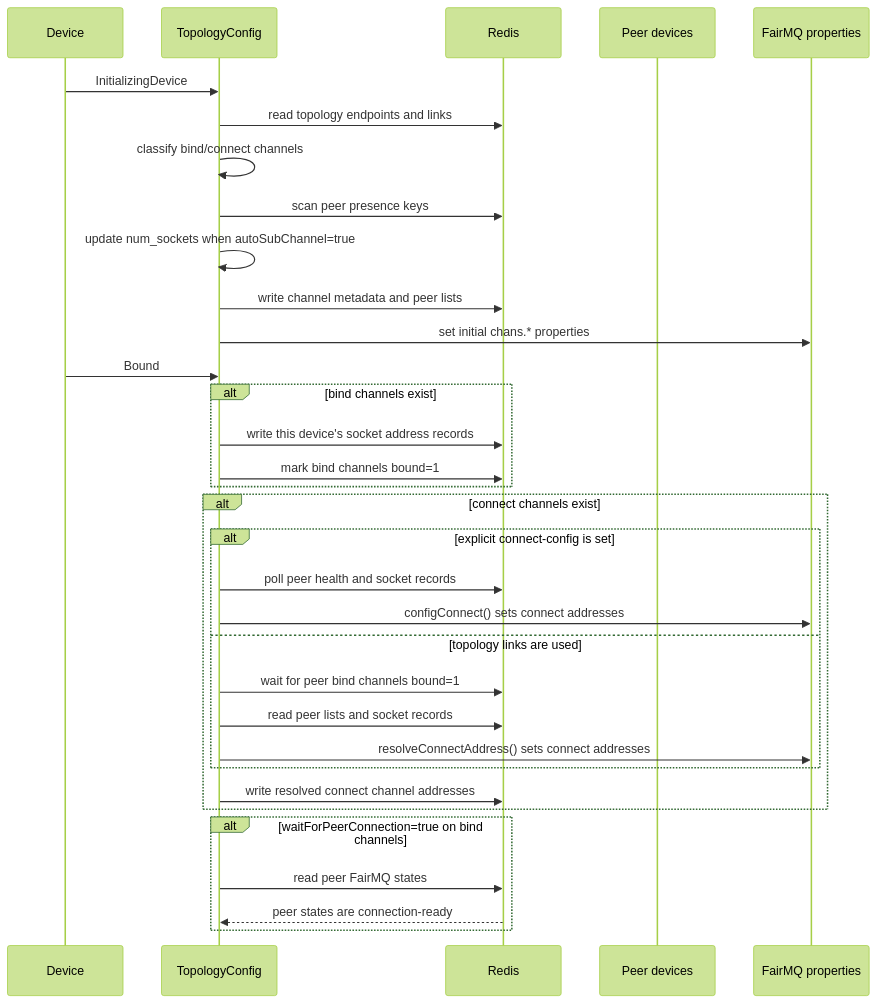
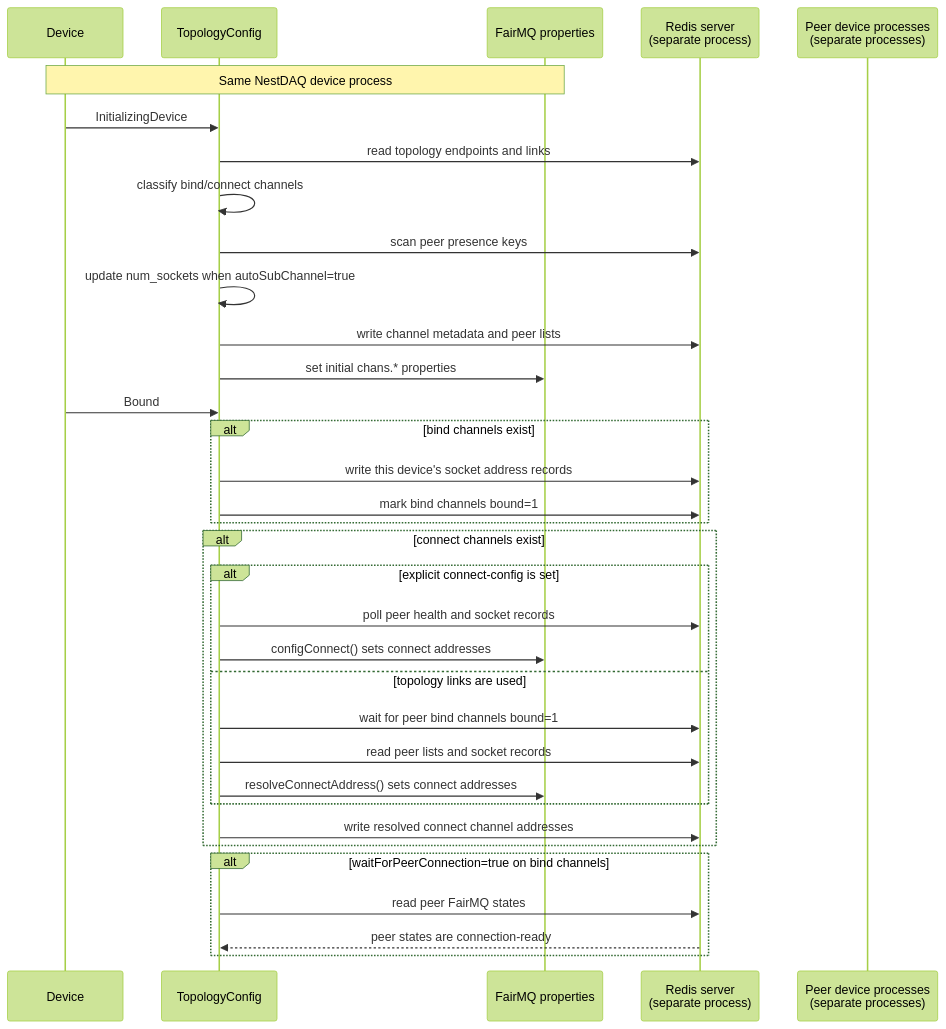
The second of 3 diagrams in plugins/README.md (tntakahashi/nestdaq), drawn with Mermaid (forest theme) before and after one commit. The commit also changed other lines of this file and 1 other file, not shown here.

Commit message:
docs(plugins): show process boundaries in topology sequence

````diff
--- a/plugins/README.md
+++ b/plugins/README.md
@@ -346,37 +348,38 @@
 ```mermaid
 sequenceDiagram
     participant Device
     participant TopologyConfig
-    participant Redis
-    participant PeerDevices as Peer devices
     participant FairMQProperties as FairMQ properties
+    participant Redis as Redis server<br/>(separate process)
+    participant PeerDevices as Peer device processes<br/>(separate processes)
+    Note over Device,FairMQProperties: Same NestDAQ device process
 
     Device->>TopologyConfig: InitializingDevice
     TopologyConfig->>Redis: read topology endpoints and links
     TopologyConfig->>TopologyConfig: classify bind/connect channels
     TopologyConfig->>Redis: scan peer presence keys
     TopologyConfig->>TopologyConfig: update num_sockets when autoSubChannel=true
     TopologyConfig->>Redis: write channel metadata and peer lists
     TopologyConfig->>FairMQProperties: set initial chans.* properties
 
     Device->>TopologyConfig: Bound
     alt bind channels exist
         TopologyConfig->>Redis: write this device's socket address records
         TopologyConfig->>Redis: mark bind channels bound=1
     end
     alt connect channels exist
         alt explicit connect-config is set
             TopologyConfig->>Redis: poll peer health and socket records
             TopologyConfig->>FairMQProperties: configConnect() sets connect addresses
         else topology links are used
             TopologyConfig->>Redis: wait for peer bind channels bound=1
             TopologyConfig->>Redis: read peer lists and socket records
             TopologyConfig->>FairMQProperties: resolveConnectAddress() sets connect addresses
         end
         TopologyConfig->>Redis: write resolved connect channel addresses
     end
     alt waitForPeerConnection=true on bind channels
         TopologyConfig->>Redis: read peer FairMQ states
         Redis-->>TopologyConfig: peer states are connection-ready
     end
 ```
````
